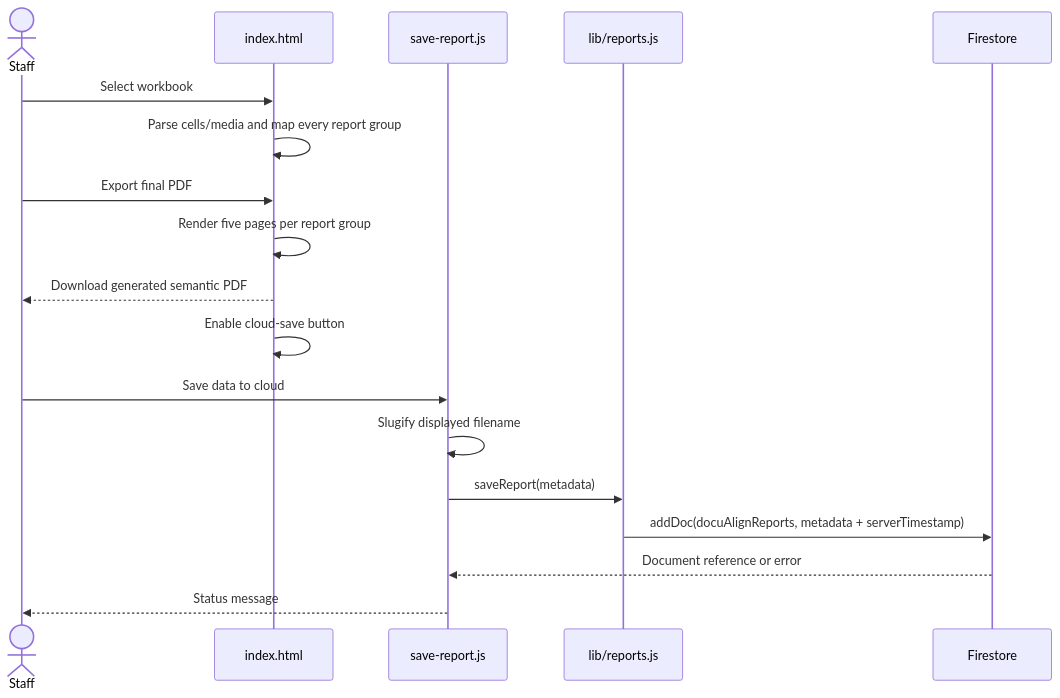
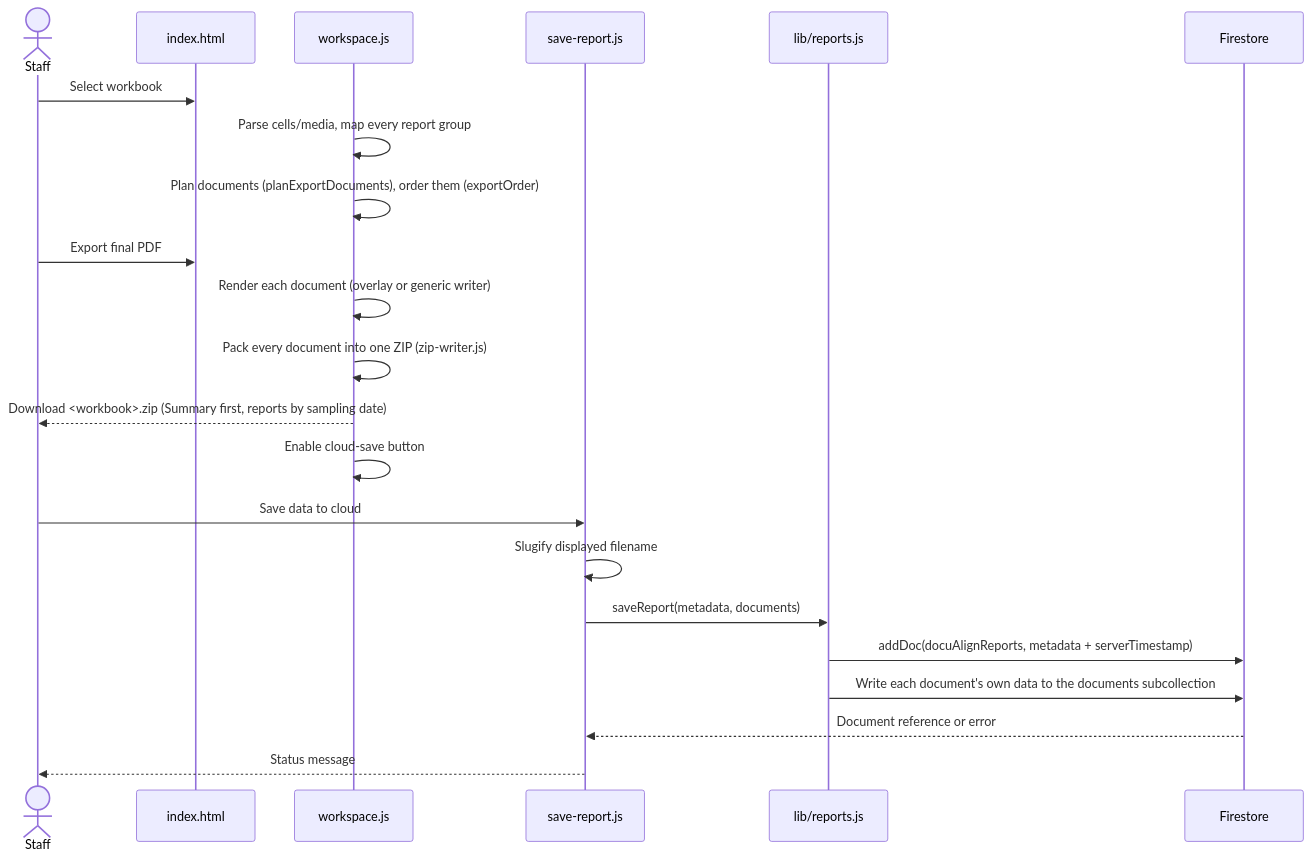
Before and after one commit to Yanguangchen/DocuAlign: the third of 6 diagrams in documentation/project-guide.md, drawn with Mermaid. The commit also changed other lines of this file and 3 other files, not shown here.

First line of the commit message:
Bring documentation in line with the ZIP export and print-all work

````diff
--- a/documentation/project-guide.md
+++ b/documentation/project-guide.md
@@ -182,21 +235,25 @@
 ```mermaid
 sequenceDiagram
     actor Staff
     participant Page as index.html
+    participant Workspace as workspace.js
     participant Save as save-report.js
     participant Reports as lib/reports.js
     participant DB as Firestore
 
     Staff->>Page: Select workbook
-    Page->>Page: Parse cells/media and map every report group
+    Workspace->>Workspace: Parse cells/media, map every report group
+    Workspace->>Workspace: Plan documents (planExportDocuments), order them (exportOrder)
     Staff->>Page: Export final PDF
-    Page->>Page: Render five pages per report group
-    Page-->>Staff: Download generated semantic PDF
-    Page->>Page: Enable cloud-save button
+    Workspace->>Workspace: Render each document (overlay or generic writer)
+    Workspace->>Workspace: Pack every document into one ZIP (zip-writer.js)
+    Workspace-->>Staff: Download <workbook>.zip (Summary first, reports by sampling date)
+    Workspace->>Workspace: Enable cloud-save button
     Staff->>Save: Save data to cloud
     Save->>Save: Slugify displayed filename
-    Save->>Reports: saveReport(metadata)
+    Save->>Reports: saveReport(metadata, documents)
     Reports->>DB: addDoc(docuAlignReports, metadata + serverTimestamp)
+    Reports->>DB: Write each document's own data to the documents subcollection
     DB-->>Save: Document reference or error
     Save-->>Staff: Status message
 ```
````
